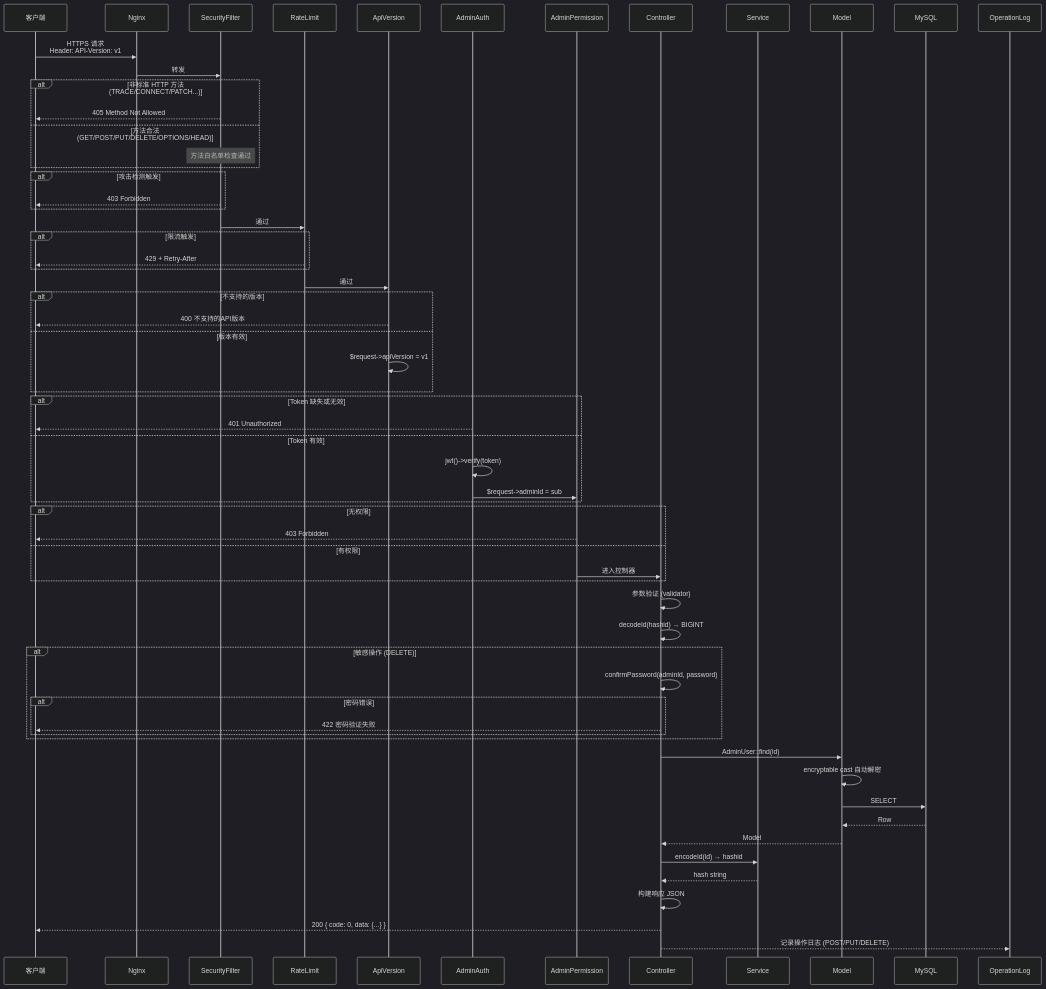
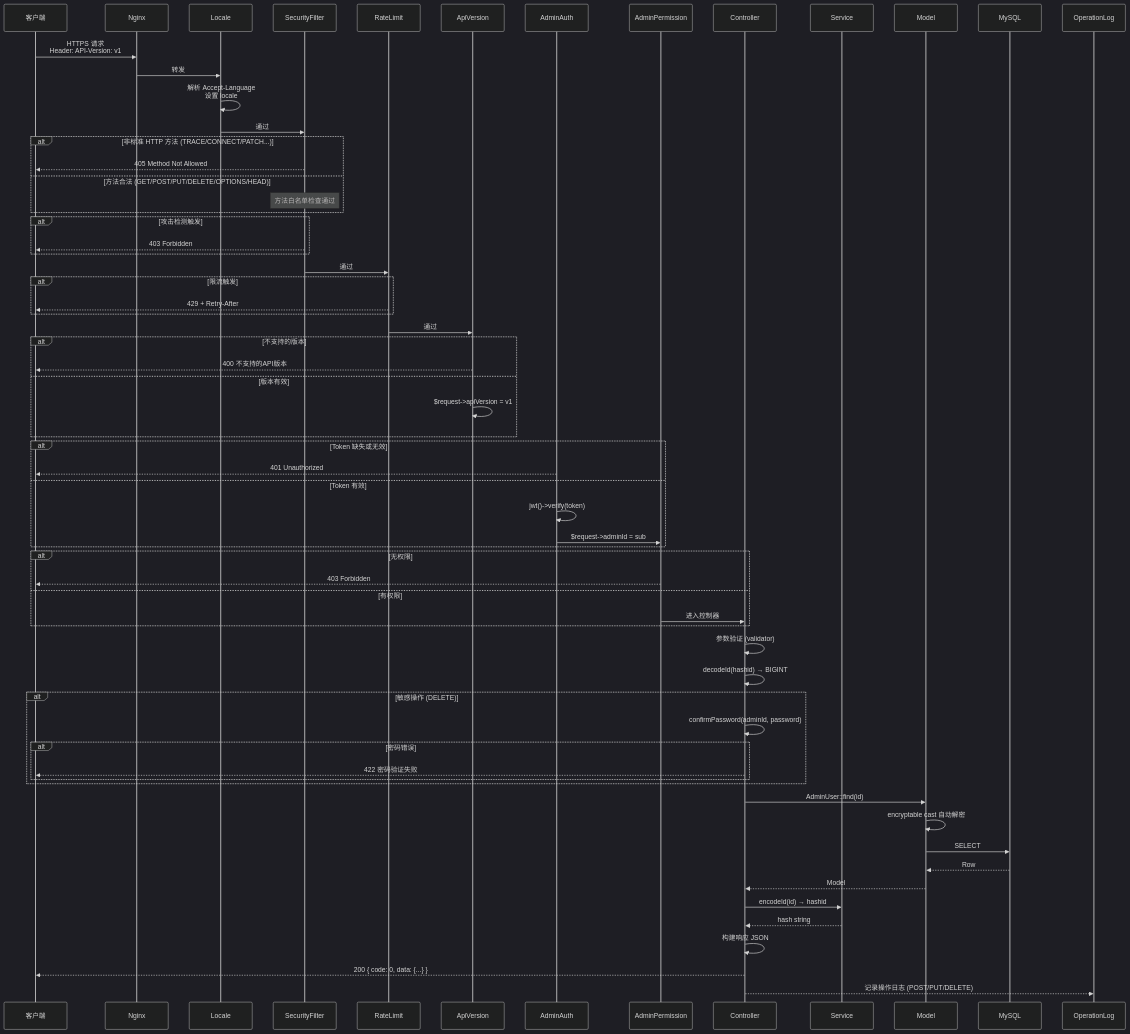
The third of 20 diagrams in docs/ARCHITECTURE.md (erikwang2013/erp-php), drawn with Mermaid (dark theme) before and after one commit. The commit also changed other lines of this file and 6 other files, not shown here.

Commit message:
docs: update for i18n support — Accept-Language auto-detection, zh_CN/en translations

````diff
--- a/docs/ARCHITECTURE.md
+++ b/docs/ARCHITECTURE.md
@@ -154,78 +157,81 @@
 ```mermaid
 sequenceDiagram
     participant C as 客户端
     participant N as Nginx
+    participant MW_LOC as Locale
     participant MW_SF as SecurityFilter
     participant MW_RL as RateLimit
     participant MW0 as ApiVersion
     participant MW1 as AdminAuth
     participant MW2 as AdminPermission
     participant CTL as Controller
     participant SVC as Service
     participant MDL as Model
     participant DB as MySQL
     participant OPLOG as OperationLog
 
     C->>N: HTTPS 请求<br/>Header: API-Version: v1
-    N->>MW_SF: 转发
+    N->>MW_LOC: 转发
+    MW_LOC->>MW_LOC: 解析 Accept-Language<br/>设置 locale
+    MW_LOC->>MW_SF: 通过
 
     alt 非标准 HTTP 方法 (TRACE/CONNECT/PATCH...)
         MW_SF-->>C: 405 Method Not Allowed
     else 方法合法 (GET/POST/PUT/DELETE/OPTIONS/HEAD)
         Note over MW_SF: 方法白名单检查通过
     end
 
     alt 攻击检测触发
         MW_SF-->>C: 403 Forbidden
     end
 
     MW_SF->>MW_RL: 通过
 
     alt 限流触发
         MW_RL-->>C: 429 + Retry-After
     end
 
     MW_RL->>MW0: 通过
 
     alt 不支持的版本
         MW0-->>C: 400 不支持的API版本
     else 版本有效
         MW0->>MW0: $request->apiVersion = v1
     end
 
     alt Token 缺失或无效
         MW1-->>C: 401 Unauthorized
     else Token 有效
         MW1->>MW1: jwt()->verify(token)
         MW1->>MW2: $request->adminId = sub
     end
 
     alt 无权限
         MW2-->>C: 403 Forbidden
     else 有权限
         MW2->>CTL: 进入控制器
     end
 
     CTL->>CTL: 参数验证 (validator)
     CTL->>CTL: decodeId(hashid) → BIGINT
 
     alt 敏感操作 (DELETE)
         CTL->>CTL: confirmPassword(adminId, password)
         alt 密码错误
             CTL-->>C: 422 密码验证失败
         end
     end
 
     CTL->>MDL: AdminUser::find(id)
     MDL->>MDL: encryptable cast 自动解密
     MDL->>DB: SELECT
     DB-->>MDL: Row
     MDL-->>CTL: Model
 
     CTL->>SVC: encodeId(id) → hashid
     SVC-->>CTL: hash string
 
     CTL->>CTL: 构建响应 JSON
     CTL-->>C: 200 { code: 0, data: {...} }
     CTL-->>OPLOG: 记录操作日志 (POST/PUT/DELETE)
 ```
````
